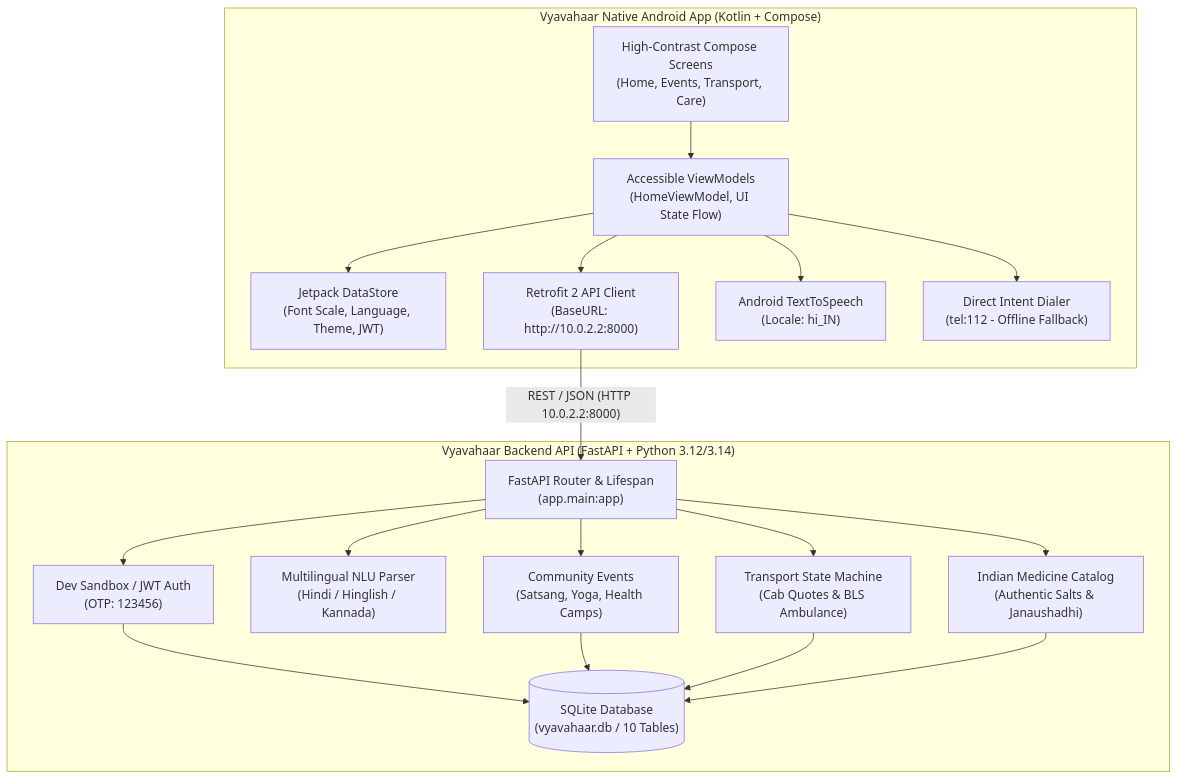
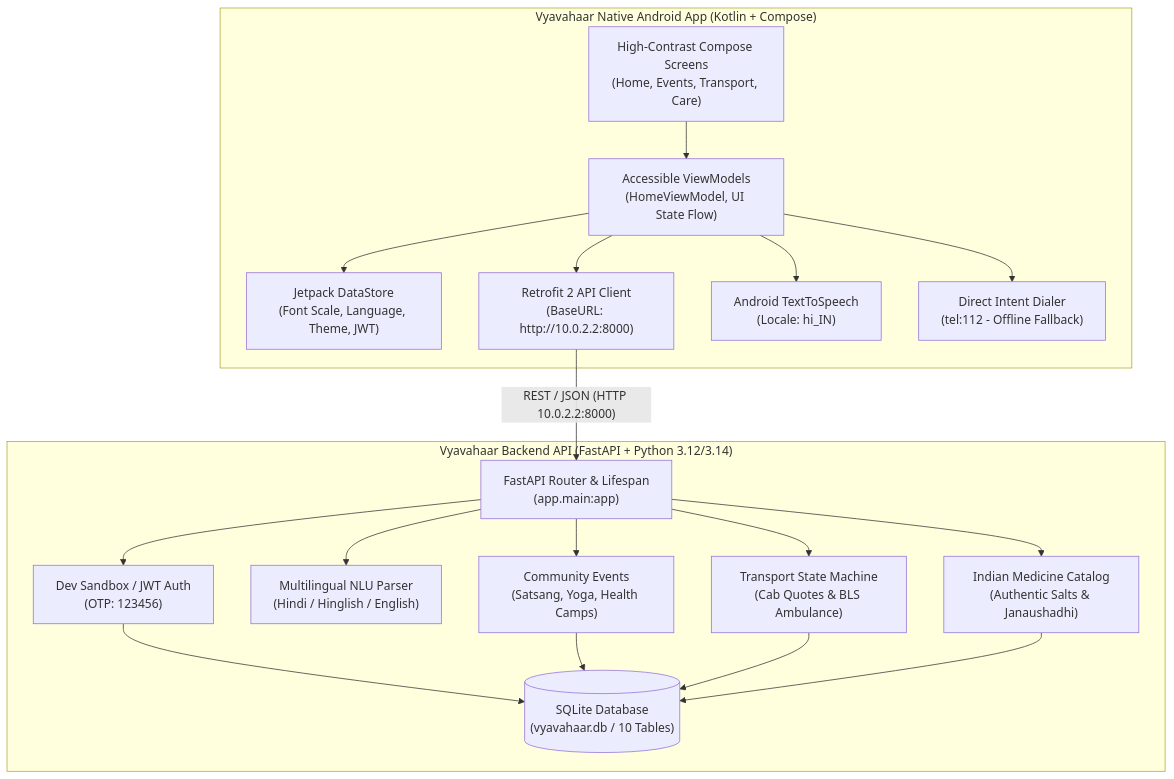
The diagram in README.md (Kushagra514/Vyavahaar), drawn with Mermaid before and after one commit. The commit also changed other lines of this file and 10 other files, not shown here.

````diff
--- a/README.md
+++ b/README.md
@@ -39,40 +39,40 @@
 ```mermaid
 flowchart TD
     subgraph AndroidClient["Vyavahaar Native Android App (Kotlin + Compose)"]
         UI["High-Contrast Compose Screens\n(Home, Events, Transport, Care)"]
         VM["Accessible ViewModels\n(HomeViewModel, UI State Flow)"]
         DataStore["Jetpack DataStore\n(Font Scale, Language, Theme, JWT)"]
         Retrofit["Retrofit 2 API Client\n(BaseURL: http://10.0.2.2:8000)"]
         NativeTTS["Android TextToSpeech\n(Locale: hi_IN)"]
         NativeDialer["Direct Intent Dialer\n(tel:112 - Offline Fallback)"]
         
         UI --> VM
         VM --> DataStore
         VM --> Retrofit
         VM --> NativeTTS
         VM --> NativeDialer
     end
 
     subgraph BackendAPI["Vyavahaar Backend API (FastAPI + Python 3.12/3.14)"]
         Main["FastAPI Router & Lifespan\n(app.main:app)"]
         AuthService["Dev Sandbox / JWT Auth\n(OTP: 123456)"]
-        NLUService["Multilingual NLU Parser\n(Hindi / Hinglish / Kannada)"]
+        NLUService["Multilingual NLU Parser\n(Hindi / Hinglish / English)"]
         EventService["Community Events\n(Satsang, Yoga, Health Camps)"]
         TransportService["Transport State Machine\n(Cab Quotes & BLS Ambulance)"]
         HealthService["Indian Medicine Catalog\n(Authentic Salts & Janaushadhi)"]
         SQLiteDB[("SQLite Database\n(vyavahaar.db / 10 Tables)")]
 
         Main --> AuthService
         Main --> NLUService
         Main --> EventService
         Main --> TransportService
         Main --> HealthService
 
         AuthService --> SQLiteDB
         EventService --> SQLiteDB
         TransportService --> SQLiteDB
         HealthService --> SQLiteDB
     end
 
     Retrofit -->|"REST / JSON (HTTP 10.0.2.2:8000)"| Main
 ```
````
